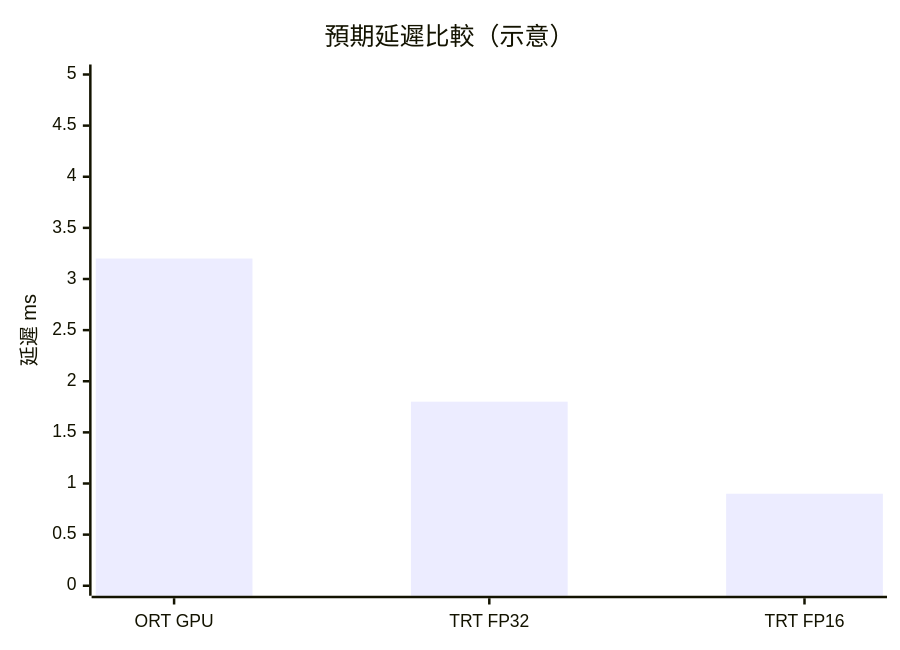
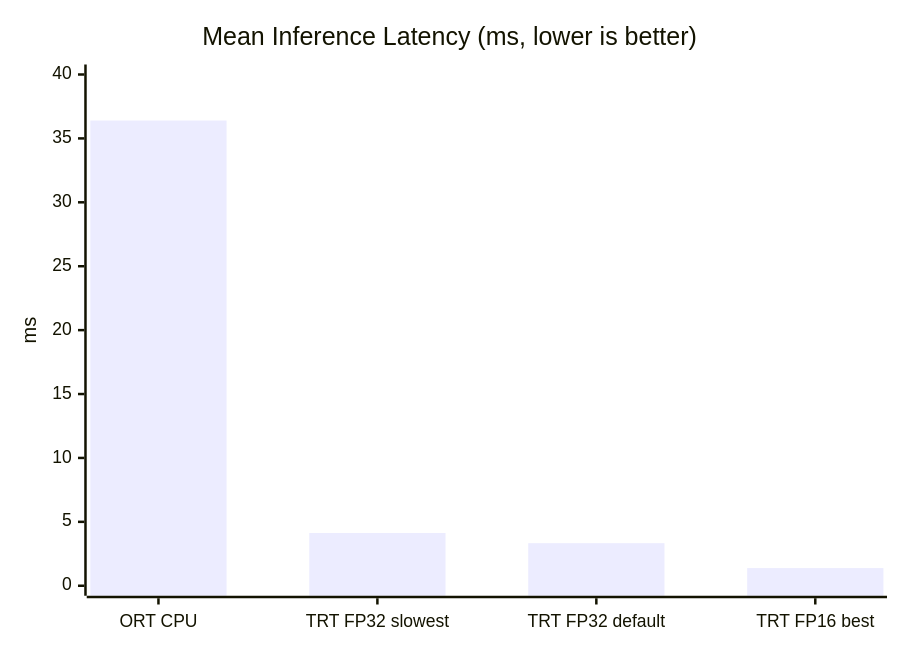
One commit to wizardhsiehcom/tensorrt changed the first of 2 diagrams in book/src/benchmark/results.md. Above: the diagram before and after it, drawn with Mermaid. The commit also changed other lines of this file and 14 other files, not shown here.

````diff
--- a/book/src/benchmark/results.md
+++ b/book/src/benchmark/results.md
@@ -5,7 +7,7 @@
 ```mermaid
 xychart-beta
-    title "預期延遲比較（示意）"
-    x-axis ["ORT GPU", "TRT FP32", "TRT FP16"]
-    y-axis "延遲 ms" 0 --> 5
-    bar [3.2, 1.8, 0.9]
+    title "Mean Inference Latency (ms, lower is better)"
+    x-axis ["ORT CPU", "TRT FP32 slowest", "TRT FP32 default", "TRT FP16 best"]
+    y-axis "ms" 0 --> 40
+    bar [36.4, 4.125, 3.329, 1.383]
 ```
````
